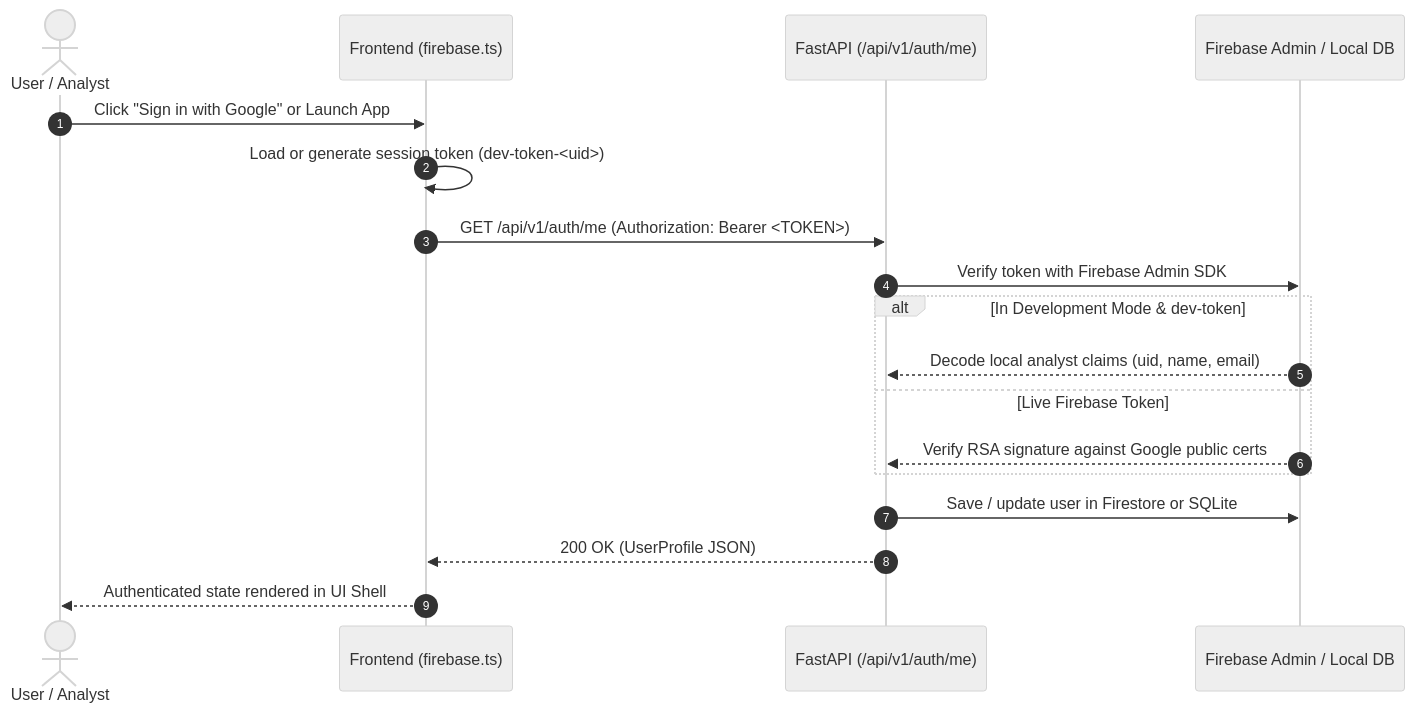
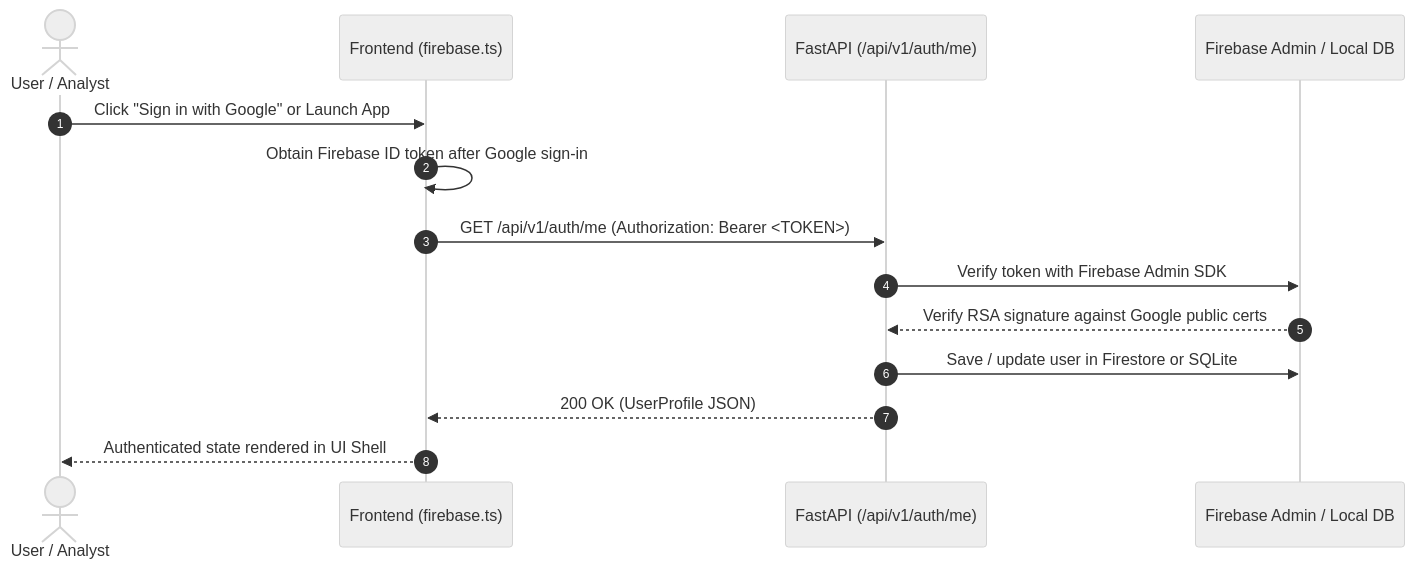
Before and after one commit to gowdadishanth/satya-dristi: the second of 9 diagrams in docs/ARCHITECTURE.md, drawn with Mermaid (neutral theme). The commit also changed other lines of this file and 13 other files, not shown here.

Commit message:
fix(vercel): configure backend API proxy rewrites, production CORS, and live endpoint environment templates

````diff
--- a/docs/ARCHITECTURE.md
+++ b/docs/ARCHITECTURE.md
@@ -137,21 +137,17 @@
 ```mermaid
 sequenceDiagram
     autonumber
     actor Analyst as User / Analyst
     participant Client as Frontend (firebase.ts)
     participant API as FastAPI (/api/v1/auth/me)
     participant FB as Firebase Admin / Local DB
 
     Analyst->>Client: Click "Sign in with Google" or Launch App
-    Client->>Client: Load or generate session token (dev-token-<uid>)
+    Client->>Client: Obtain Firebase ID token after Google sign-in
     Client->>API: GET /api/v1/auth/me (Authorization: Bearer <TOKEN>)
     API->>FB: Verify token with Firebase Admin SDK
-    alt In Development Mode & dev-token
-        FB-->>API: Decode local analyst claims (uid, name, email)
-    else Live Firebase Token
-        FB-->>API: Verify RSA signature against Google public certs
-    end
+    FB-->>API: Verify RSA signature against Google public certs
     API->>FB: Save / update user in Firestore or SQLite
     API-->>Client: 200 OK (UserProfile JSON)
     Client-->>Analyst: Authenticated state rendered in UI Shell
 ```
````
